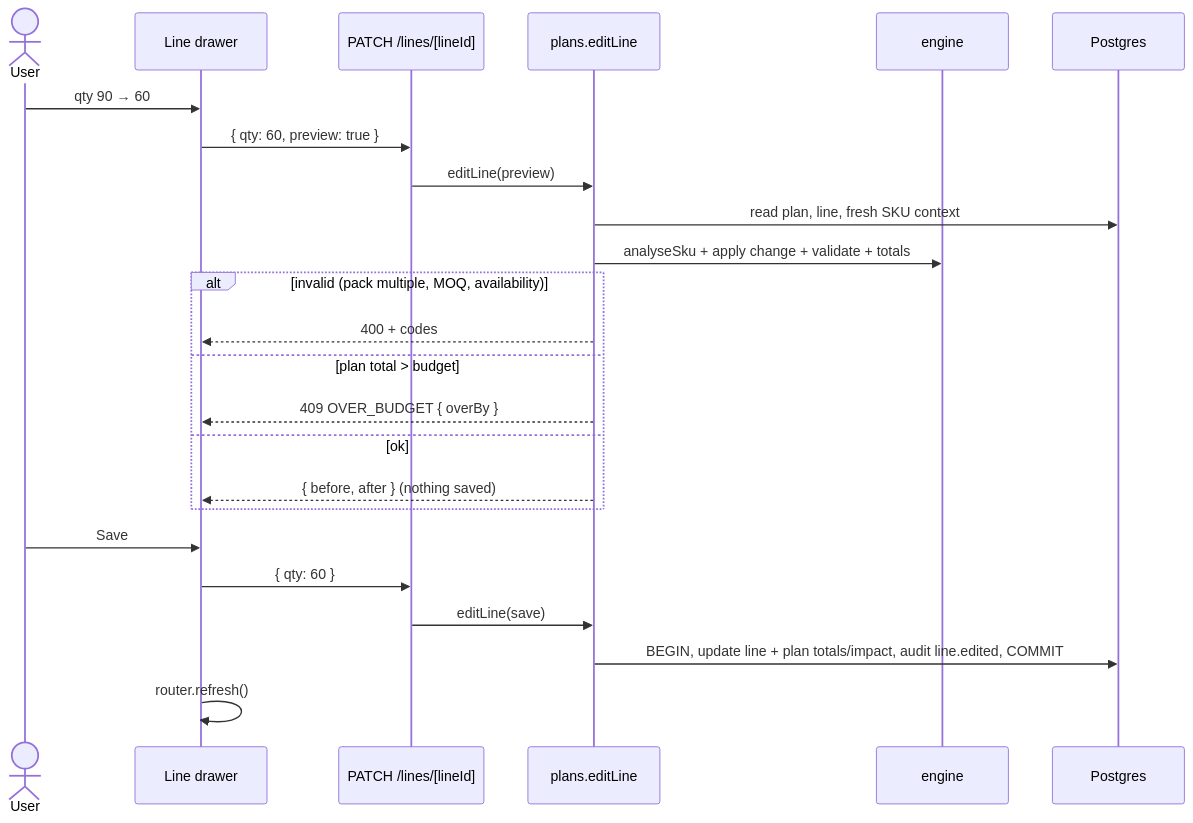
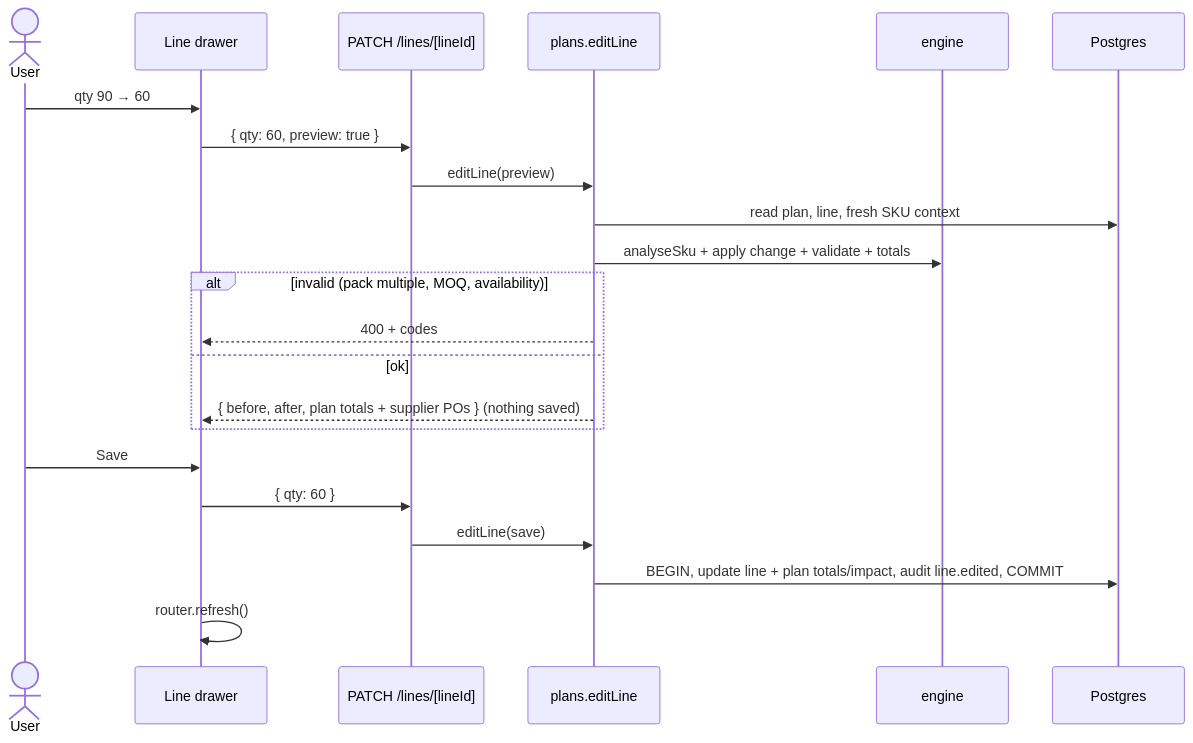
The ninth of 22 diagrams in architecture.md (rushshah973/pharmaos), drawn with Mermaid before and after one commit. The commit also changed other lines of this file and 35 other files, not shown here.

First line of the commit message:
Remove the purchase budget; add Owner approval for POs above ₹4,00,000

````diff
--- a/architecture.md
+++ b/architecture.md
@@ -326,26 +326,24 @@
 ```mermaid
 sequenceDiagram
     actor U as User
     participant D as Line drawer
     participant API as PATCH /lines/[lineId]
     participant P as plans.editLine
     participant E as engine
     participant DB as Postgres
     U->>D: qty 90 → 60
     D->>API: { qty: 60, preview: true }
     API->>P: editLine(preview)
     P->>DB: read plan, line, fresh SKU context
     P->>E: analyseSku + apply change + validate + totals
     alt invalid (pack multiple, MOQ, availability)
         P-->>D: 400 + codes
-    else plan total > budget
-        P-->>D: 409 OVER_BUDGET { overBy }
     else ok
-        P-->>D: { before, after } (nothing saved)
+        P-->>D: { before, after, plan totals + supplier POs } (nothing saved)
     end
     U->>D: Save
     D->>API: { qty: 60 }
     API->>P: editLine(save)
     P->>DB: BEGIN, update line + plan totals/impact, audit line.edited, COMMIT
     D->>D: router.refresh()
 ```
````
